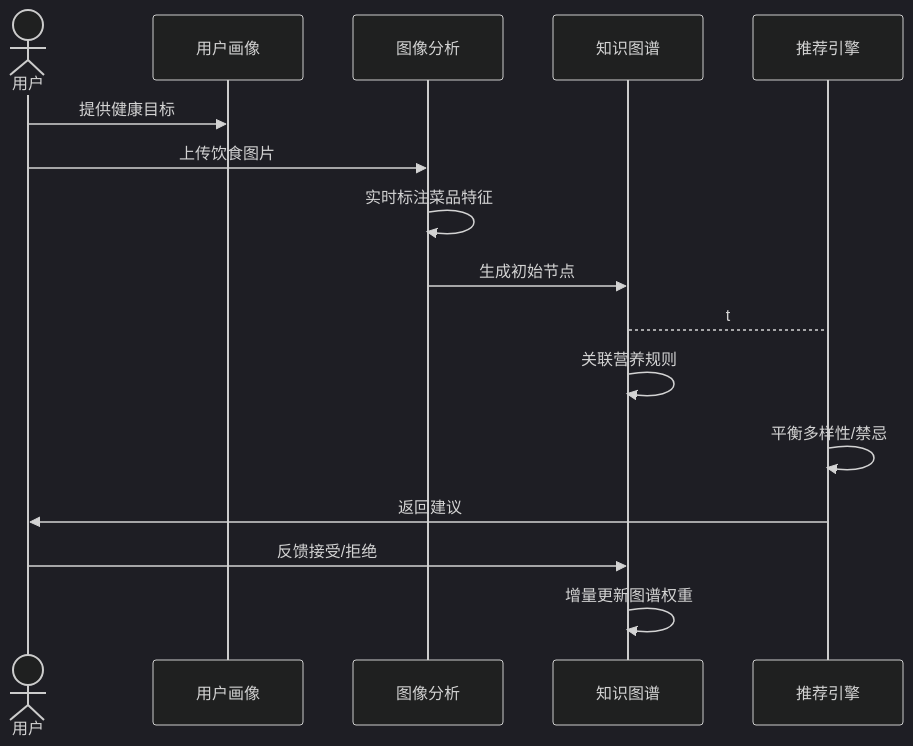
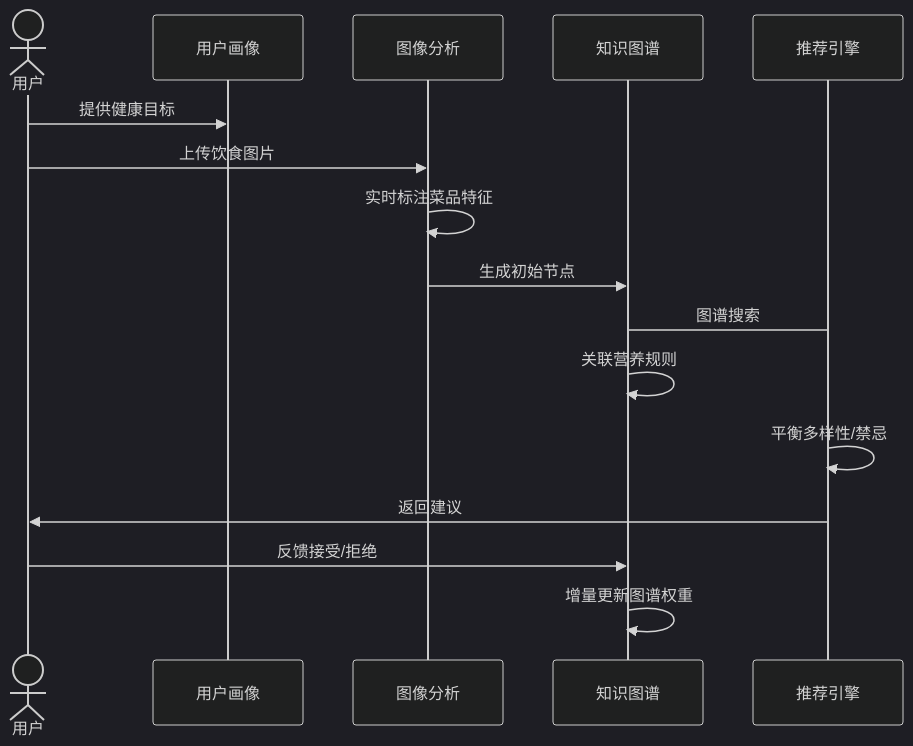
One commit to funnyData/iodraw-files changed the diagram in all/未命名-1.md. Above: the diagram before and after it, drawn with Mermaid (dark theme).

Commit message:
2025-03-19 16:30:49 update

````diff
--- a/all/未命名-1.md
+++ b/all/未命名-1.md
@@ -1,20 +1,20 @@
 ```mermaid
 %% 数据流图（基于网页1/2/5的时序图语法优化）
 sequenceDiagram
     actor User as 用户
     participant UP as 用户画像
     participant IA as 图像分析
     participant KG as 知识图谱
     participant RM as 推荐引擎
 
     User->>UP: 提供健康目标
     User->>IA: 上传饮食图片
     IA->>IA: 实时标注菜品特征
     IA->>KG: 生成初始节点
-    KG --> RM: t
+    KG -> RM: 图谱搜索
     KG->>KG: 关联营养规则
     RM->>RM: 平衡多样性/禁忌
     RM->>User: 返回建议
     User->>KG: 反馈接受/拒绝
     KG->>KG: 增量更新图谱权重
 ```
````
